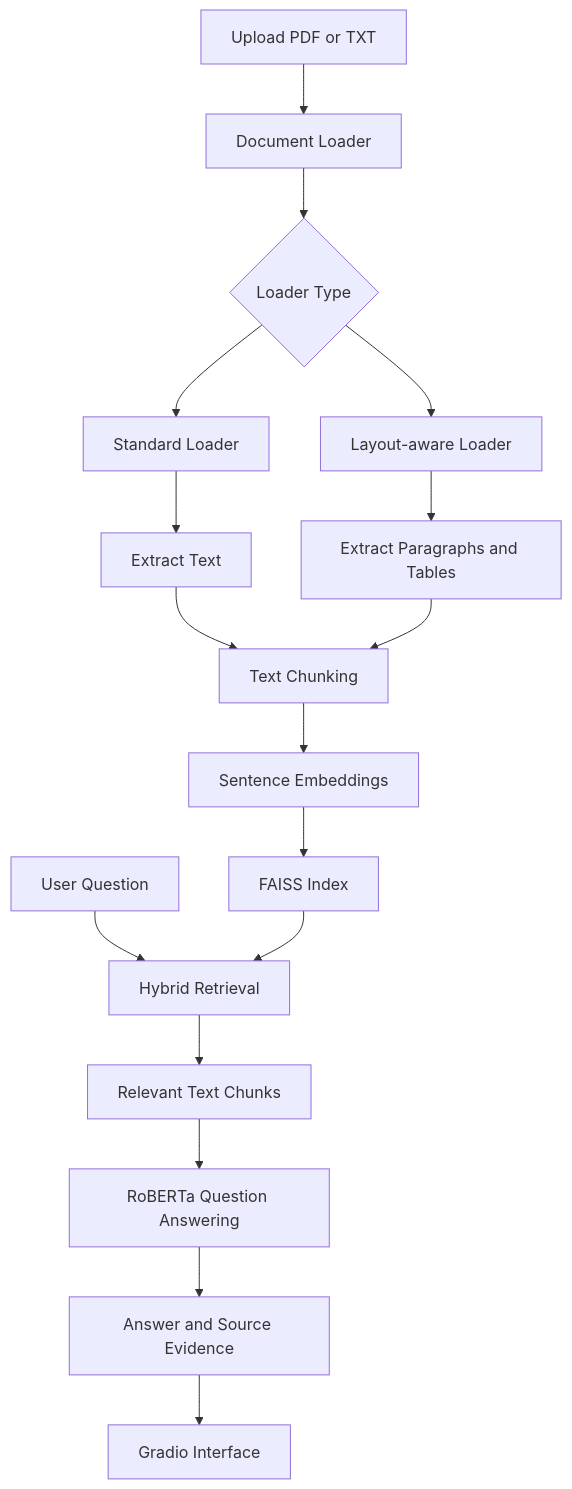
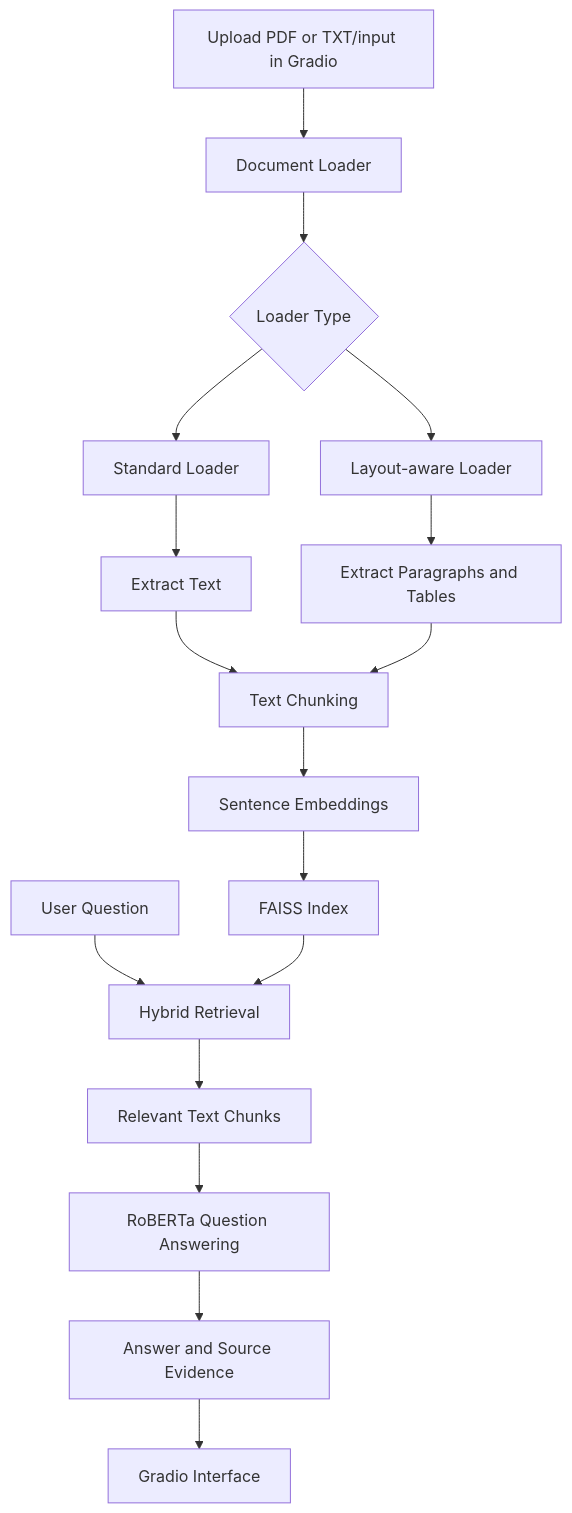
Before and after one commit to ahmadmumnoonynu-eng/PT22026: the diagram in sia091/README.md, drawn with Mermaid.

Commit message:
Update workflow diagram description in README

````diff
--- a/sia091/README.md
+++ b/sia091/README.md
@@ -27,19 +27,19 @@
 ```mermaid
 flowchart TD
-    A["Upload PDF or TXT"] --> B["Document Loader"]
+    A["Upload PDF or TXT/input in Gradio"] --> B["Document Loader"]
     B --> C{"Loader Type"}
     C --> D["Standard Loader"]
     C --> E["Layout-aware Loader"]
     D --> F["Extract Text"]
     E --> G["Extract Paragraphs and Tables"]
     F --> H["Text Chunking"]
     G --> H
     H --> I["Sentence Embeddings"]
     I --> J["FAISS Index"]
     K["User Question"] --> L["Hybrid Retrieval"]
     J --> L
     L --> M["Relevant Text Chunks"]
     M --> N["RoBERTa Question Answering"]
     N --> O["Answer and Source Evidence"]
     O --> P["Gradio Interface"]
 ```
````
